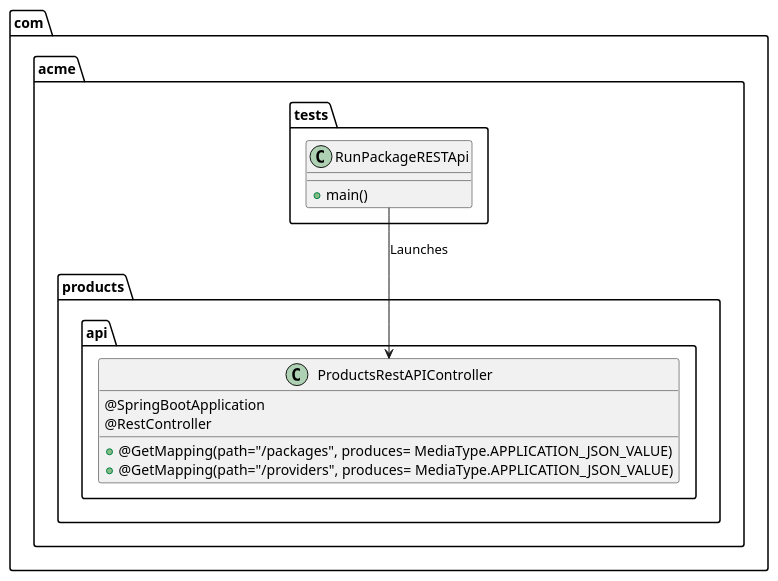
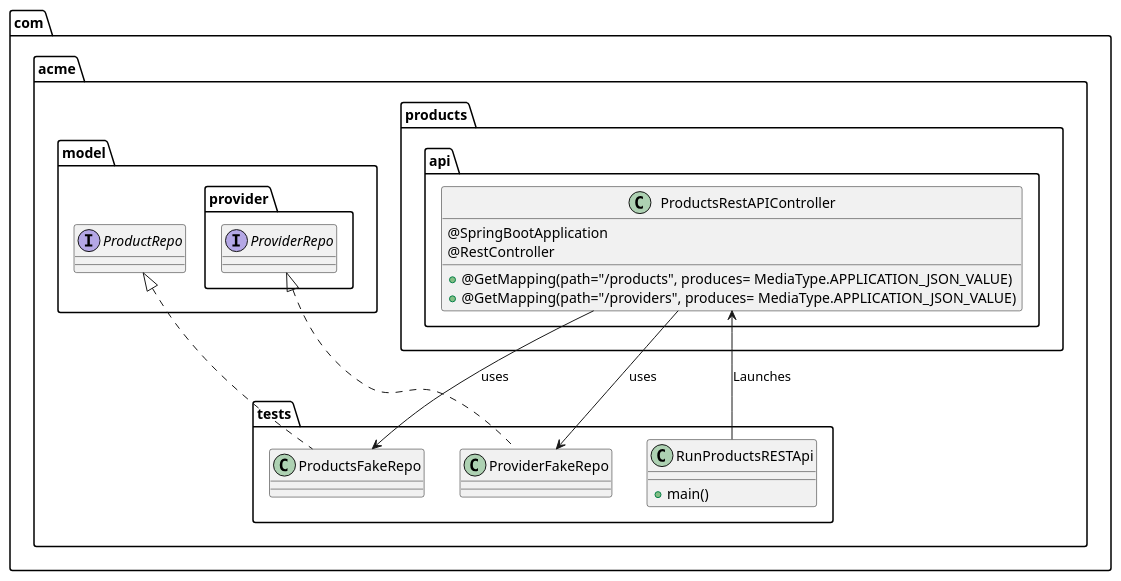
The diagram in uml/restpi.class.puml (acloudfan/MSFA-ACME-Products-v1.0), drawn with PlantUML before and after one commit. The commit also changed 3 other files, not shown here.

```diff
--- a/uml/restpi.class.puml
+++ b/uml/restpi.class.puml
@@ -1,20 +1,33 @@
 @startuml
 'https://plantuml.com/sequence-diagram
 
 package com.acme.products.api {
     class ProductsRestAPIController {
         @SpringBootApplication
         @RestController
-        + @GetMapping(path="/packages", produces= MediaType.APPLICATION_JSON_VALUE)
+        + @GetMapping(path="/products", produces= MediaType.APPLICATION_JSON_VALUE)
         + @GetMapping(path="/providers", produces= MediaType.APPLICATION_JSON_VALUE)
     }
+
+
 }
 
 package com.acme.tests {
-    class RunPackageRESTApi{
+    class RunProductsRESTApi{
         + main()
     }
+
+    class ProductsFakeRepo implements com.acme.model.ProductRepo{
+    }
+
+    class ProviderFakeRepo implements com.acme.model.provider.ProviderRepo{
+    }
+
+    ProductsRestAPIController --> ProductsFakeRepo : uses
+    ProductsRestAPIController --> ProviderFakeRepo : uses
 }
-RunPackageRESTApi --> ProductsRestAPIController : Launches
+RunProductsRESTApi --> ProductsRestAPIController : Launches
+
+
 
 @enduml
```
